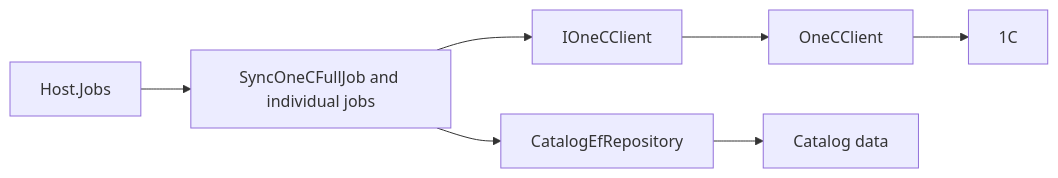
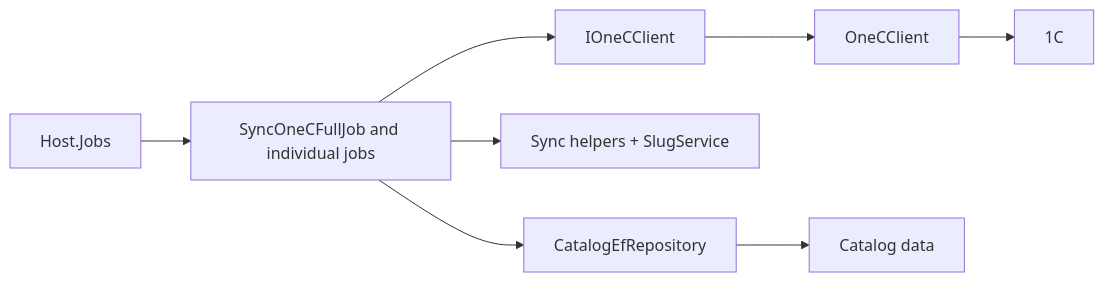
One commit to Weretik/KedrStore changed the diagram in docs/sdd/features/catalog/one-c-import.md. Above: the diagram before and after it, drawn with Mermaid. The commit also changed other lines of this file and 12 other files, not shown here.

````diff
--- a/docs/sdd/features/catalog/one-c-import.md
+++ b/docs/sdd/features/catalog/one-c-import.md
@@ -29,9 +42,10 @@
 ```mermaid
 flowchart LR
     A["Host.Jobs"] --> B["SyncOneCFullJob and individual jobs"]
     B --> C["IOneCClient"]
     C --> D["OneCClient"]
     D --> E["1C"]
+    B --> S["Sync helpers + SlugService"]
     B --> F["CatalogEfRepository"]
     F --> G["Catalog data"]
 ```
````
